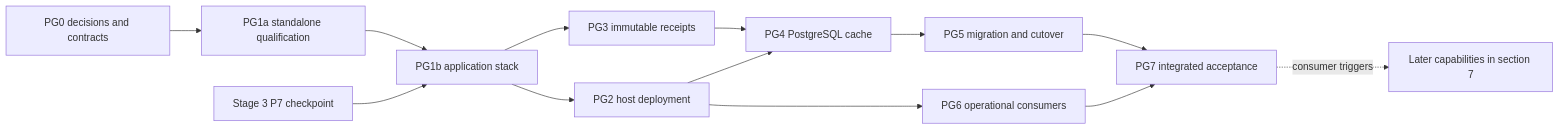
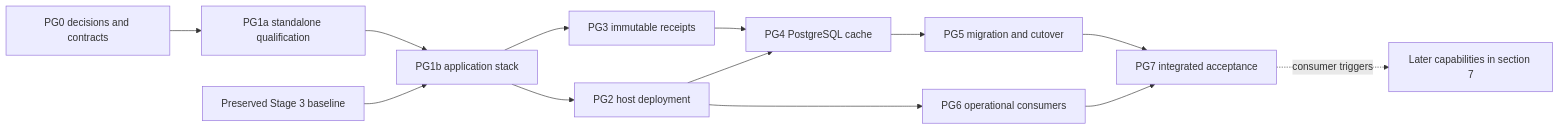
One commit to paul-heyse/library-context changed the diagram in docs/plans/postgresql-integration-plan_2026-09-27.md. Above: the diagram before and after it, drawn with Mermaid. The commit also changed other lines of this file and 99 other files, not shown here.

````diff
--- a/docs/plans/postgresql-integration-plan_2026-09-27.md
+++ b/docs/plans/postgresql-integration-plan_2026-09-27.md
@@ -157,15 +153,15 @@
 ```mermaid
 flowchart LR
     A[PG0 decisions and contracts] --> Q[PG1a standalone qualification]
     Q --> B[PG1b application stack]
-    S[Stage 3 P7 checkpoint] --> B
+    S[Preserved Stage 3 baseline] --> B
     B --> C[PG2 host deployment]
     B --> D[PG3 immutable receipts]
     D --> E[PG4 PostgreSQL cache]
     C --> E
     E --> F[PG5 migration and cutover]
     C --> G[PG6 operational consumers]
     F --> H[PG7 integrated acceptance]
     G --> H
     H -. consumer triggers .-> I[Later capabilities in section 7]
 ```
````
